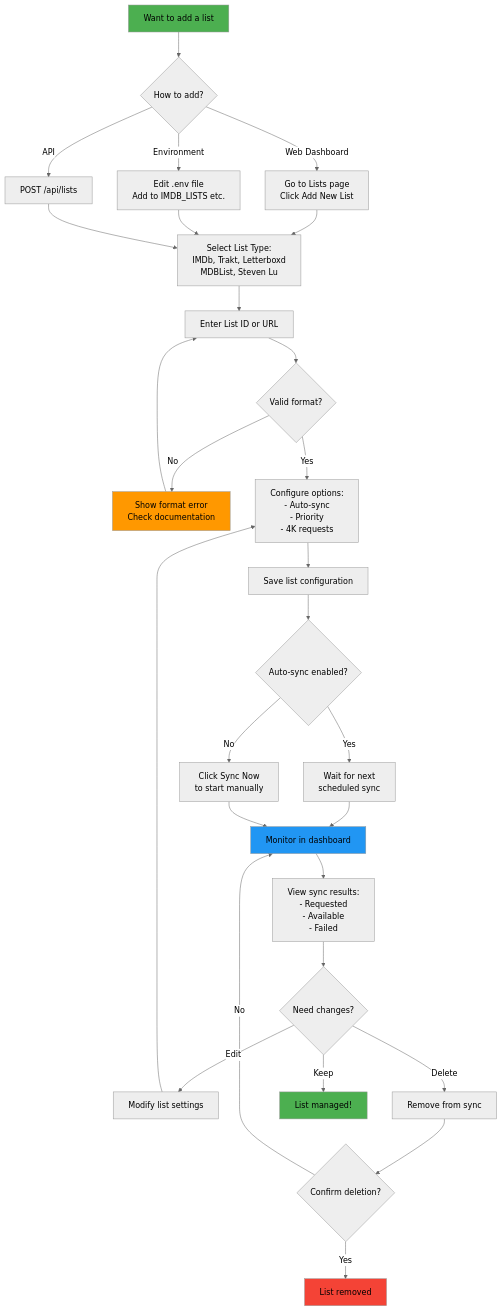
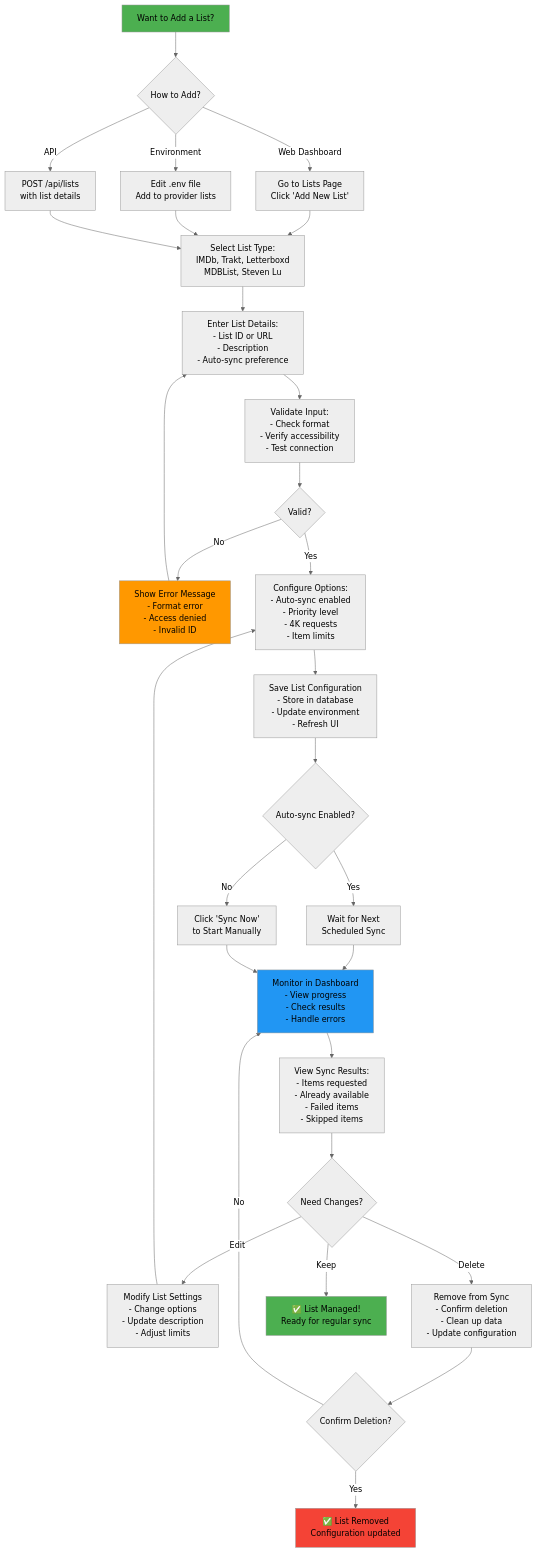
The third of 5 diagrams in docs/user-guide.md (martynvdijke/listsync), drawn with Mermaid (neutral theme) before and after one commit. The commit also changed other lines of this file and 21 other files, not shown here.

````diff
--- a/docs/user-guide.md
+++ b/docs/user-guide.md
@@ -81,45 +177,47 @@
 ```mermaid
 flowchart TD
-    Start[Want to add a list] --> Method{How to add?}
+    Start[Want to Add a List?] --> ChooseMethod{How to Add?}
     
-    Method -->|Web Dashboard| WebUI[Go to Lists page<br/>Click Add New List]
-    Method -->|Environment| EnvVar[Edit .env file<br/>Add to IMDB_LISTS etc.]
-    Method -->|API| APICall[POST /api/lists]
+    ChooseMethod -->|Web Dashboard| WebUI[Go to Lists Page<br/>Click 'Add New List']
+    ChooseMethod -->|Environment| EnvVar[Edit .env file<br/>Add to provider lists]
+    ChooseMethod -->|API| APICall[POST /api/lists<br/>with list details]
     
     WebUI --> SelectType[Select List Type:<br/>IMDb, Trakt, Letterboxd<br/>MDBList, Steven Lu]
     EnvVar --> SelectType
     APICall --> SelectType
     
-    SelectType --> EnterID[Enter List ID or URL]
-    EnterID --> Validate{Valid format?}
+    SelectType --> EnterDetails[Enter List Details:<br/>- List ID or URL<br/>- Description<br/>- Auto-sync preference]
+    EnterDetails --> Validate[Validate Input:<br/>- Check format<br/>- Verify accessibility<br/>- Test connection]
     
-    Validate -->|No| ShowError[Show format error<br/>Check documentation]
-    Validate -->|Yes| Configure[Configure options:<br/>- Auto-sync<br/>- Priority<br/>- 4K requests]
+    Validate --> Valid{Valid?}
+    Valid -->|No| ShowError[Show Error Message<br/>- Format error<br/>- Access denied<br/>- Invalid ID]
+    Valid -->|Yes| Configure[Configure Options:<br/>- Auto-sync enabled<br/>- Priority level<br/>- 4K requests<br/>- Item limits]
     
-    ShowError --> EnterID
-    Configure --> Save[Save list configuration]
-    Save --> TriggerSync{Auto-sync enabled?}
+    ShowError --> EnterDetails
+    Configure --> Save[Save List Configuration<br/>- Store in database<br/>- Update environment<br/>- Refresh UI]
     
-    TriggerSync -->|Yes| AutoSync[Wait for next<br/>scheduled sync]
-    TriggerSync -->|No| ManualSync[Click Sync Now<br/>to start manually]
+    Save --> TriggerSync{Auto-sync Enabled?}
+    TriggerSync -->|Yes| AutoSync[Wait for Next<br/>Scheduled Sync]
+    TriggerSync -->|No| ManualSync[Click 'Sync Now'<br/>to Start Manually]
     
-    AutoSync --> Monitor[Monitor in dashboard]
+    AutoSync --> Monitor[Monitor in Dashboard<br/>- View progress<br/>- Check results<br/>- Handle errors]
     ManualSync --> Monitor
-    Monitor --> ViewResults[View sync results:<br/>- Requested<br/>- Available<br/>- Failed]
     
-    ViewResults --> Manage{Need changes?}
-    Manage -->|Edit| EditList[Modify list settings]
-    Manage -->|Delete| DeleteList[Remove from sync]
-    Manage -->|Keep| Done[List managed!]
+    Monitor --> ViewResults[View Sync Results:<br/>- Items requested<br/>- Already available<br/>- Failed items<br/>- Skipped items]
+    
+    ViewResults --> Manage{Need Changes?}
+    Manage -->|Edit| EditList[Modify List Settings<br/>- Change options<br/>- Update description<br/>- Adjust limits]
+    Manage -->|Delete| DeleteList[Remove from Sync<br/>- Confirm deletion<br/>- Clean up data<br/>- Update configuration]
+    Manage -->|Keep| Done[✅ List Managed!<br/>Ready for regular sync]
     
     EditList --> Configure
-    DeleteList --> Confirm{Confirm deletion?}
-    Confirm -->|Yes| Removed[List removed]
+    DeleteList --> Confirm{Confirm Deletion?}
+    Confirm -->|Yes| Removed[✅ List Removed<br/>Configuration updated]
     Confirm -->|No| Monitor
     
     style Start fill:#4CAF50
     style Done fill:#4CAF50
     style Removed fill:#f44336
     style ShowError fill:#FF9800
     style Monitor fill:#2196F3
 ```
````
